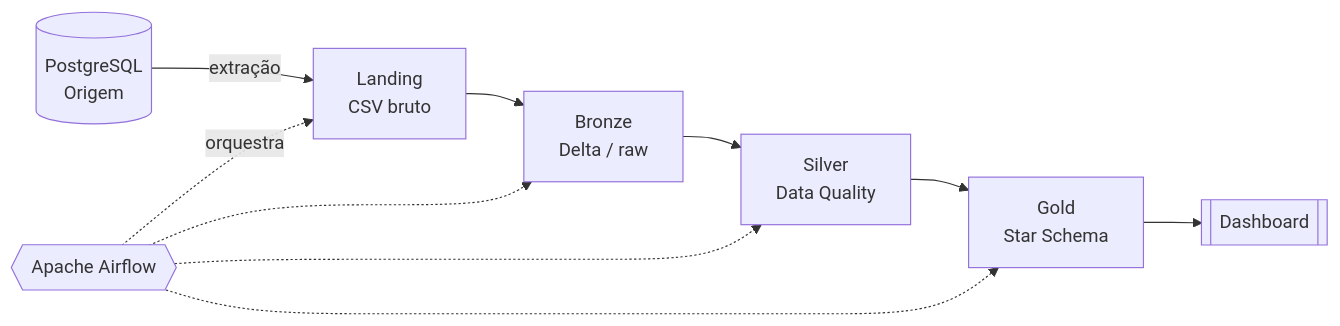
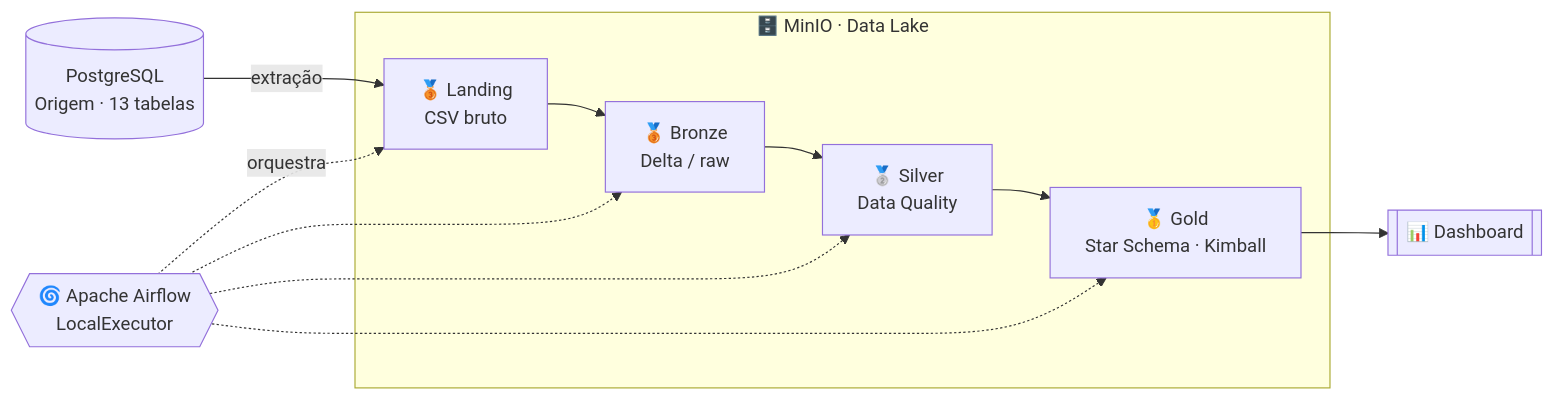
One commit to davinovakoskim-code/projeto-final-eng-dados changed the diagram in README.md. Above: the diagram before and after it, drawn with Mermaid. The commit also changed other lines of this file and 3 other files, not shown here.

````diff
--- a/README.md
+++ b/README.md
@@ -16,12 +40,18 @@
 ```mermaid
 flowchart LR
-    PG[(PostgreSQL<br/>Origem)] -->|extração| L[Landing<br/>CSV bruto]
-    L --> B[Bronze<br/>Delta / raw]
-    B --> S[Silver<br/>Data Quality]
-    S --> G[Gold<br/>Star Schema]
-    G --> D[[Dashboard]]
-    AF{{Apache Airflow}} -.orquestra.-> L
+    PG[(PostgreSQL<br/>Origem · 13 tabelas)] -->|extração| L[🥉 Landing<br/>CSV bruto]
+    L --> B[🥉 Bronze<br/>Delta / raw]
+    B --> S[🥈 Silver<br/>Data Quality]
+    S --> G[🥇 Gold<br/>Star Schema · Kimball]
+    G --> D[[📊 Dashboard]]
+    AF{{🌀 Apache Airflow<br/>LocalExecutor}} -.orquestra.-> L
     AF -.-> B
     AF -.-> S
     AF -.-> G
+    subgraph LAKE [🗄️ MinIO · Data Lake]
+        L
+        B
+        S
+        G
+    end
 ```
````
